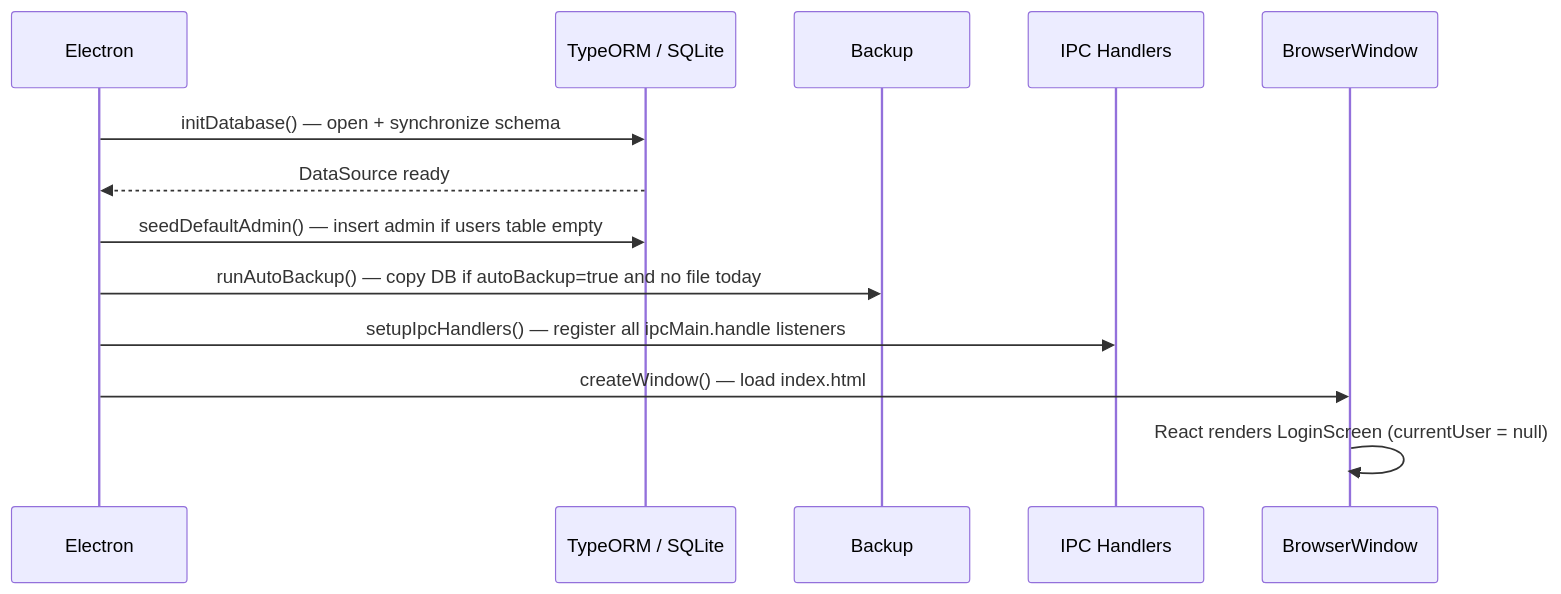
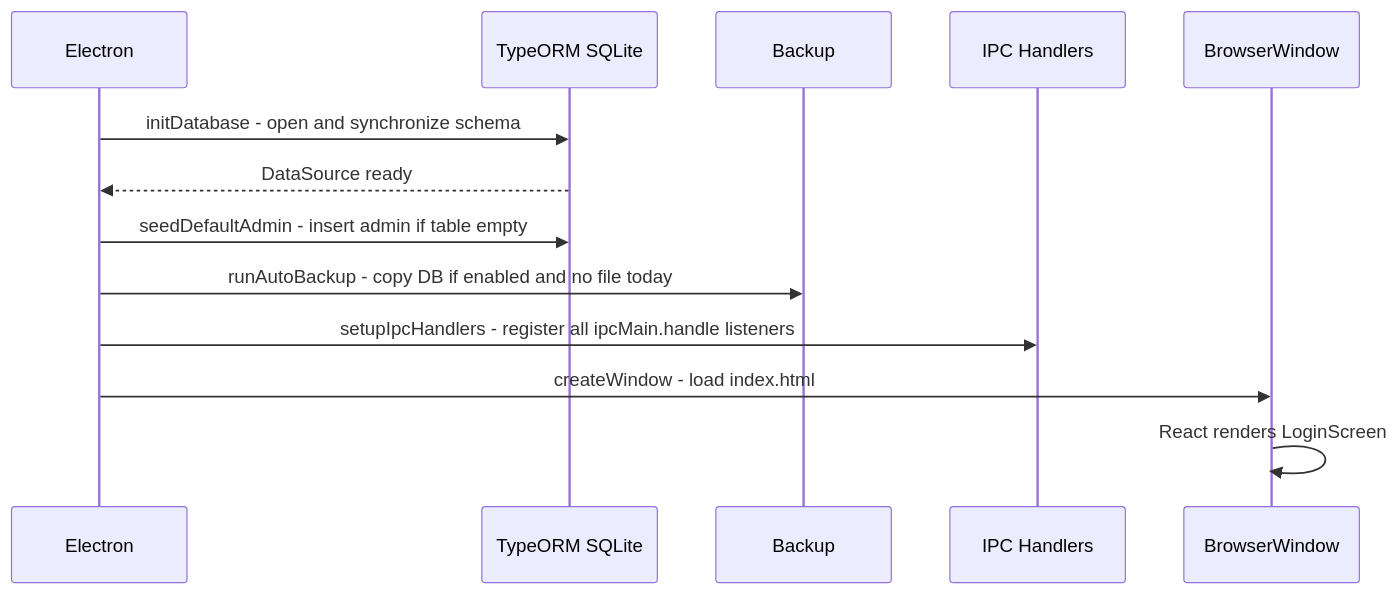
The third of 3 diagrams in docs/diagrams/ARCHITECTURE.md (seqencia/InventoryProyectHome), drawn with Mermaid before and after one commit. The commit also changed other lines of this file and 6 other files, not shown here.

First line of the commit message:
fix: correct Mermaid syntax errors in all diagrams

````diff
--- a/docs/diagrams/ARCHITECTURE.md
+++ b/docs/diagrams/ARCHITECTURE.md
@@ -70,16 +70,16 @@
 ```mermaid
 sequenceDiagram
     participant E as Electron
-    participant DB as TypeORM / SQLite
+    participant DB as TypeORM SQLite
     participant B as Backup
     participant IPC as IPC Handlers
     participant W as BrowserWindow
 
-    E->>DB: initDatabase() — open + synchronize schema
+    E->>DB: initDatabase - open and synchronize schema
     DB-->>E: DataSource ready
-    E->>DB: seedDefaultAdmin() — insert admin if users table empty
-    E->>B: runAutoBackup() — copy DB if autoBackup=true and no file today
-    E->>IPC: setupIpcHandlers() — register all ipcMain.handle listeners
-    E->>W: createWindow() — load index.html
-    W->>W: React renders LoginScreen (currentUser = null)
+    E->>DB: seedDefaultAdmin - insert admin if table empty
+    E->>B: runAutoBackup - copy DB if enabled and no file today
+    E->>IPC: setupIpcHandlers - register all ipcMain.handle listeners
+    E->>W: createWindow - load index.html
+    W->>W: React renders LoginScreen
 ```
````
